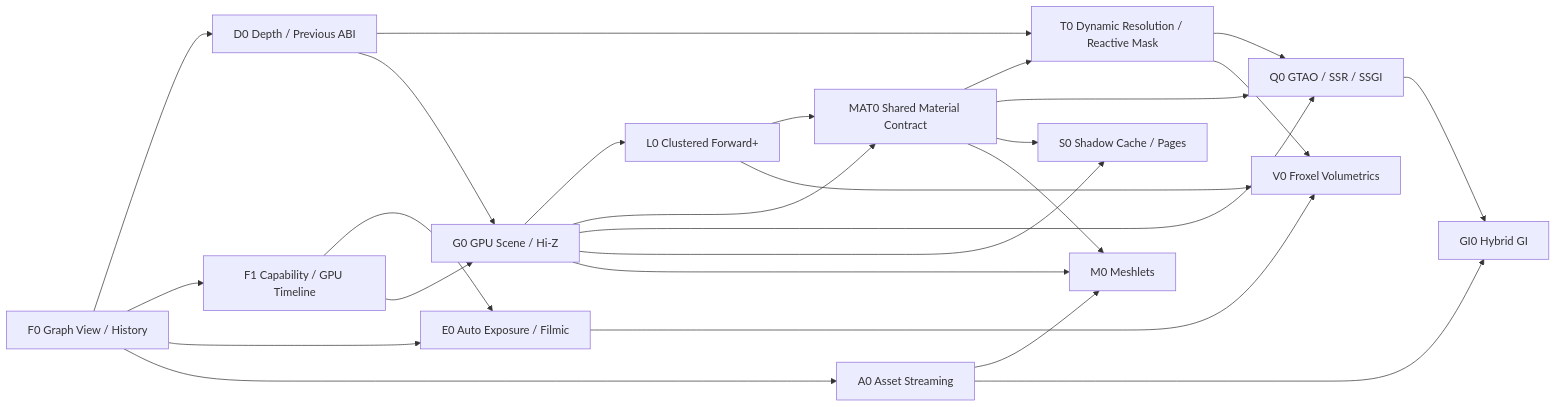
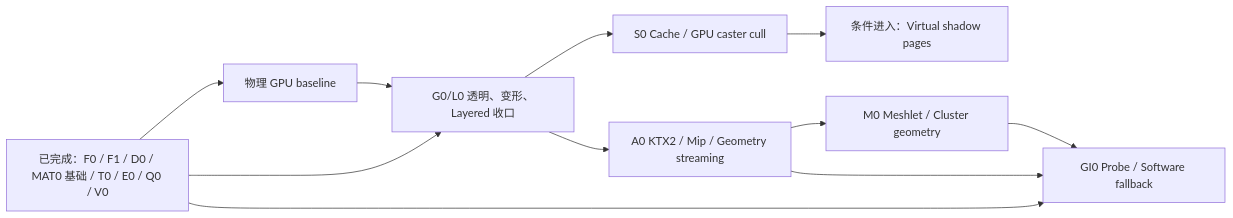
Before and after one commit to hiloteam/Hilo3d: the third of 3 diagrams in documentation/MODERN_WEBGPU_RENDERING_ROADMAP.md, drawn with Mermaid. The commit also changed other lines of this file and 14 other files, not shown here.

Commit message:
fix(render): align atmosphere scaling and roadmap

````diff
--- a/documentation/MODERN_WEBGPU_RENDERING_ROADMAP.md
+++ b/documentation/MODERN_WEBGPU_RENDERING_ROADMAP.md
@@ -782,28 +864,13 @@
 ```mermaid
 flowchart LR
-  F0["F0 Graph View / History"] --> D0["D0 Depth / Previous ABI"]
-  F0 --> F1["F1 Capability / GPU Timeline"]
-  F0 --> E0["E0 Auto Exposure / Filmic"]
-  F1 --> E0
-  D0 --> T0["T0 Dynamic Resolution / Reactive Mask"]
-  D0 --> G0["G0 GPU Scene / Hi-Z"]
-  F1 --> G0
-  G0 --> L0["L0 Clustered Forward+"]
-  G0 --> MAT0["MAT0 Shared Material Contract"]
-  L0 --> MAT0
-  MAT0 --> T0
-  T0 --> Q0["Q0 GTAO / SSR / SSGI"]
-  G0 --> Q0
-  MAT0 --> Q0
-  G0 --> S0["S0 Shadow Cache / Pages"]
-  MAT0 --> S0
-  L0 --> V0["V0 Froxel Volumetrics"]
-  T0 --> V0
-  E0 --> V0
-  F0 --> A0["A0 Asset Streaming"]
-  G0 --> M0["M0 Meshlets"]
-  MAT0 --> M0
+  DONE["已完成：F0 / F1 / D0 / MAT0 基础 / T0 / E0 / Q0 / V0"] --> PERF["物理 GPU baseline"]
+  DONE --> GL["G0/L0 透明、变形、Layered 收口"]
+  PERF --> GL
+  GL --> S0["S0 Cache / GPU caster cull"]
+  GL --> A0["A0 KTX2 / Mip / Geometry streaming"]
+  S0 --> VSM["条件进入：Virtual shadow pages"]
   A0 --> M0
-  Q0 --> GI0["GI0 Hybrid GI"]
+  M0["M0 Meshlet / Cluster geometry"] --> GI0["GI0 Probe / Software fallback"]
+  DONE --> GI0
   A0 --> GI0
 ```
````
